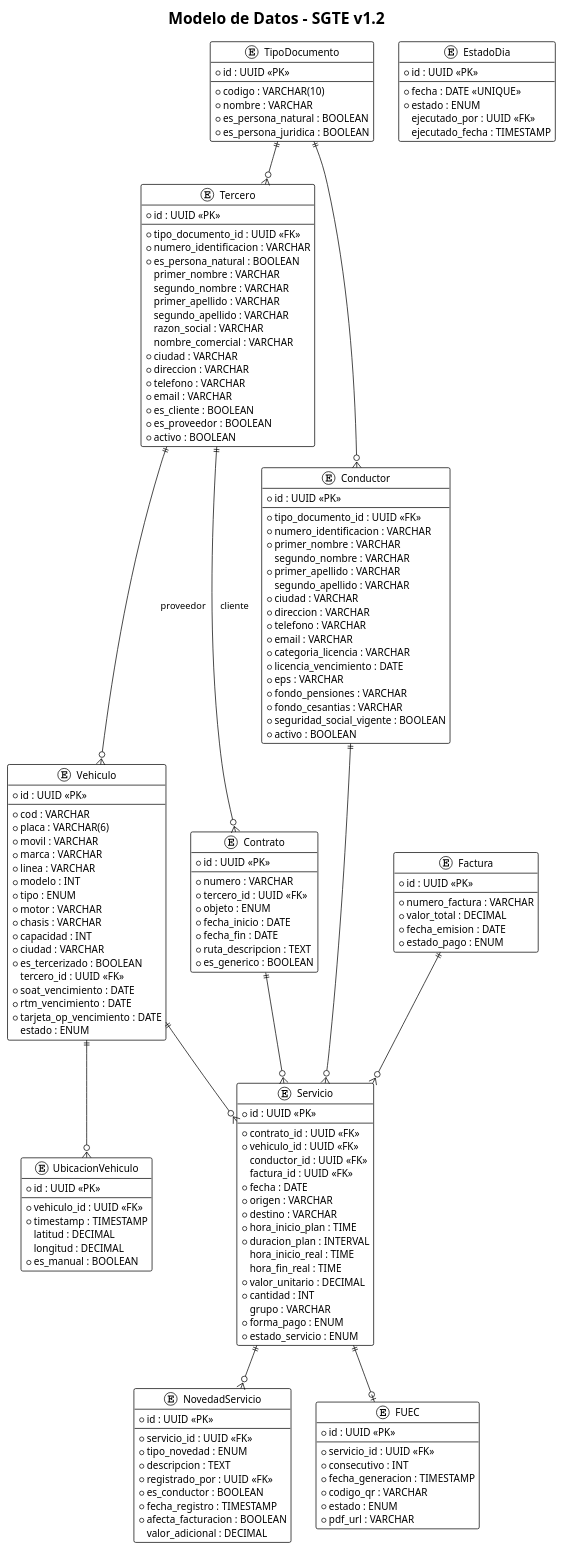
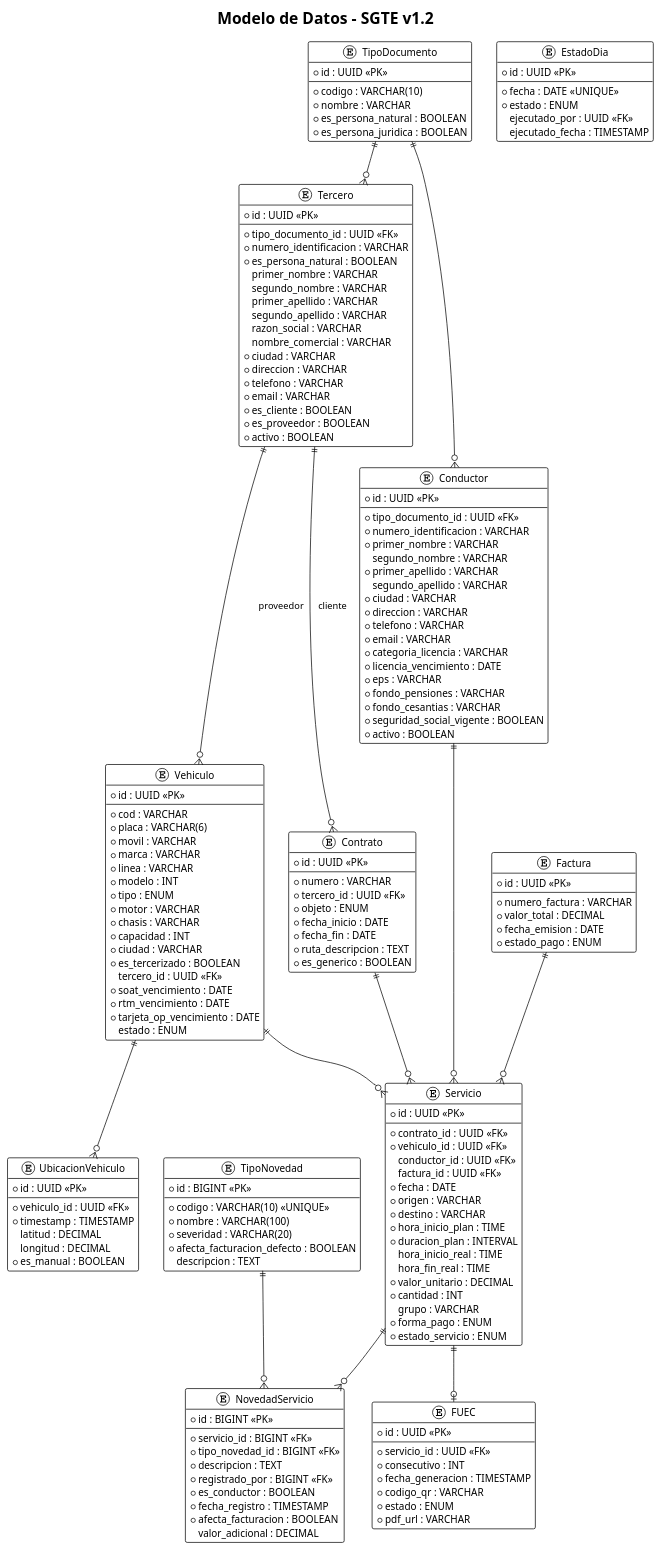
Before and after one commit to cristian-home/sgte-app: the eighth of 8 diagrams in docs/SRS.md, drawn with PlantUML. The commit also changed other lines of this file and 80 other files, not shown here.

```diff
--- a/docs/SRS.md
+++ b/docs/SRS.md
@@ -782,13 +782,23 @@
   * estado_servicio : ENUM
 }
 
+entity "TipoNovedad" as tipo_novedad {
+  * id : BIGINT <<PK>>
+  --
+  * codigo : VARCHAR(10) <<UNIQUE>>
+  * nombre : VARCHAR(100)
+  * severidad : VARCHAR(20)
+  * afecta_facturacion_defecto : BOOLEAN
+  descripcion : TEXT
+}
+
 entity "NovedadServicio" as novedad {
-  * id : UUID <<PK>>
+  * id : BIGINT <<PK>>
   --
-  * servicio_id : UUID <<FK>>
-  * tipo_novedad : ENUM
+  * servicio_id : BIGINT <<FK>>
+  * tipo_novedad_id : BIGINT <<FK>>
   * descripcion : TEXT
-  * registrado_por : UUID <<FK>>
+  * registrado_por : BIGINT <<FK>>
   * es_conductor : BOOLEAN
   * fecha_registro : TIMESTAMP
   * afecta_facturacion : BOOLEAN
@@ -842,6 +852,7 @@
 vehiculo ||--o{ servicio
 conductor ||--o{ servicio
 factura ||--o{ servicio
+tipo_novedad ||--o{ novedad
 servicio ||--o{ novedad
 servicio ||--o| fuec
 vehiculo ||--o{ ubicacion
```
